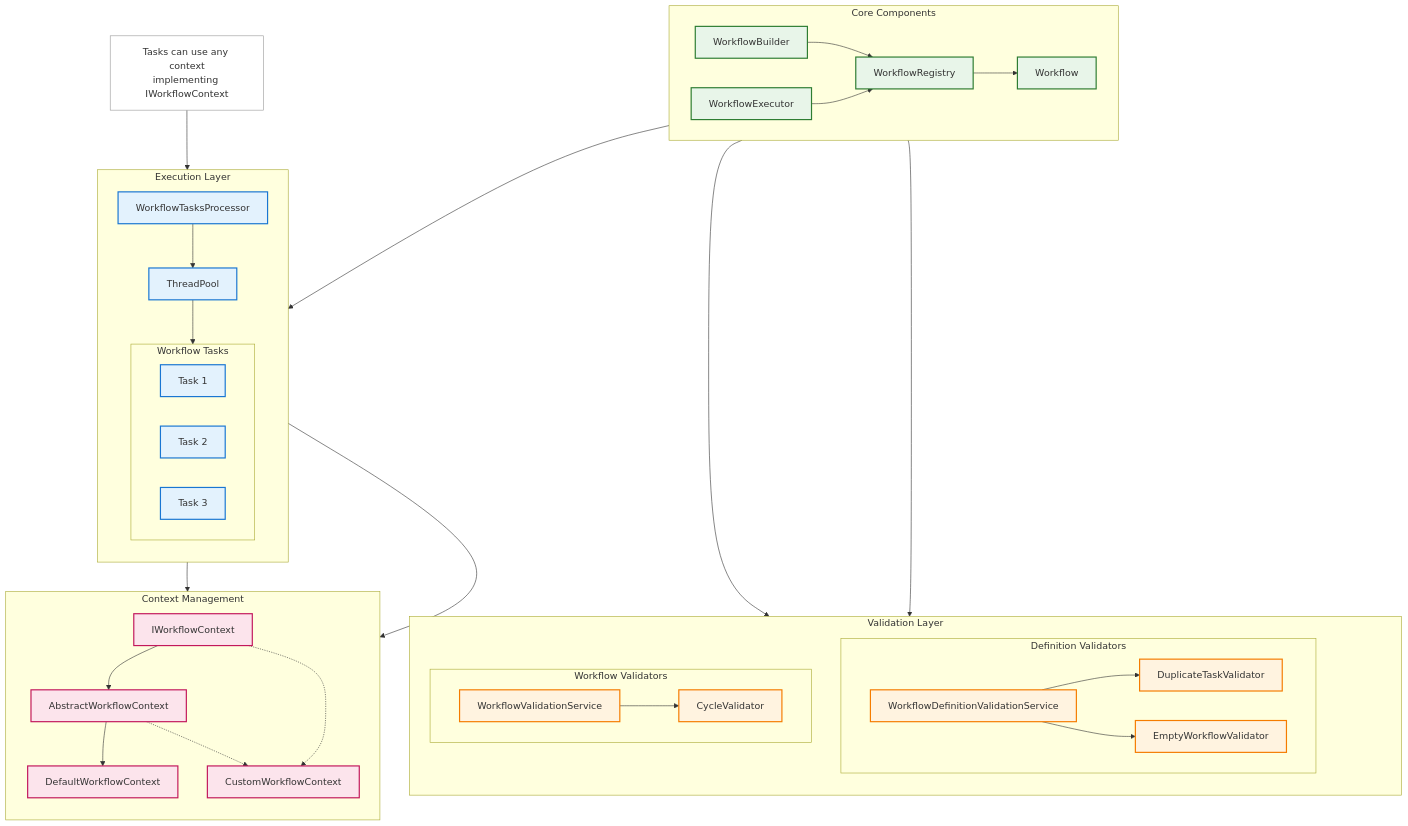
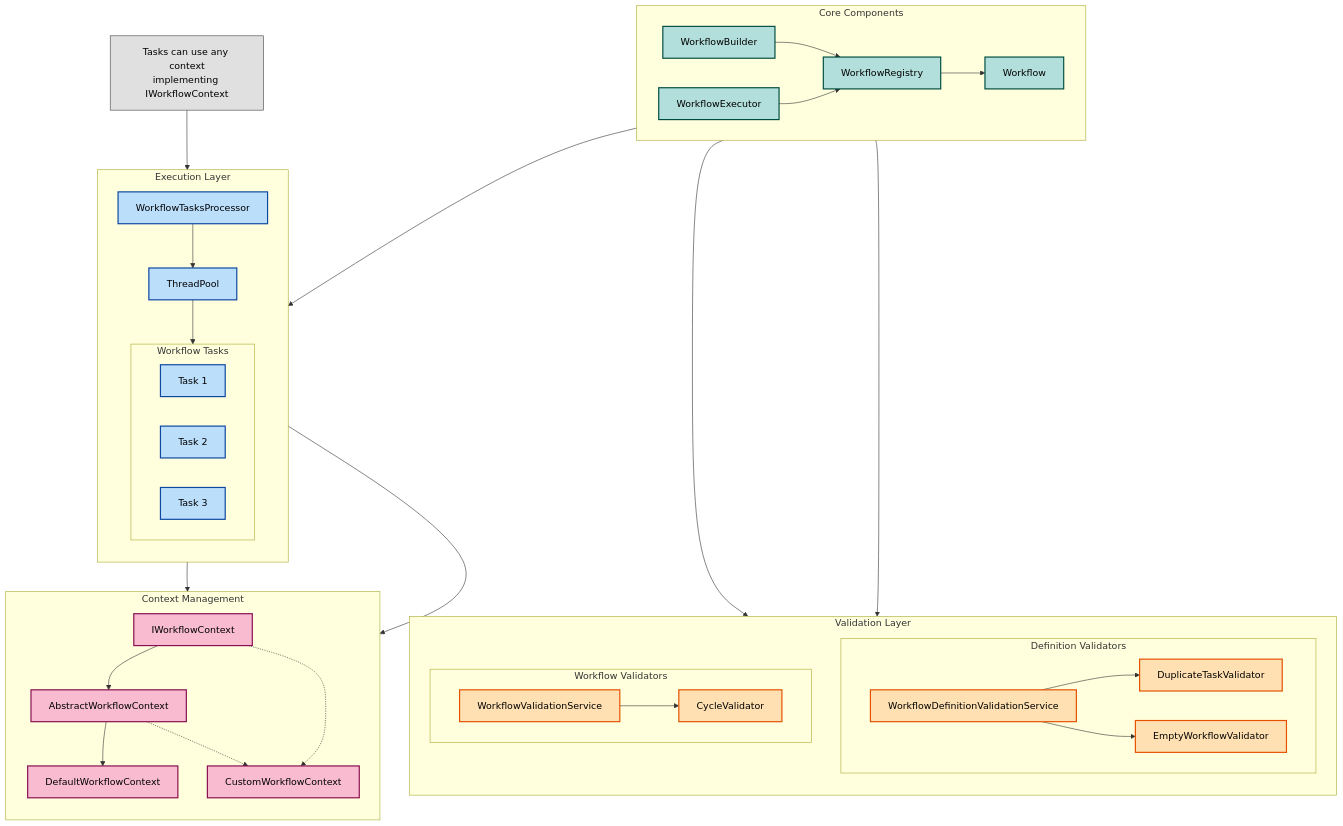
Before and after one commit to pyenoma/workflow-library: the first of 4 diagrams in README.md, drawn with Mermaid.

Commit message:
improve system architecture diagram's color coding

````diff
--- a/README.md
+++ b/README.md
@@ -23,11 +23,11 @@
 ```mermaid
 graph TB
-%% Define styles
-   classDef core fill:#e8f5e9,stroke:#2e7d32,stroke-width:2px
-   classDef execution fill:#e3f2fd,stroke:#1976d2,stroke-width:2px
-   classDef validation fill:#fff3e0,stroke:#f57c00,stroke-width:2px
-   classDef context fill:#fce4ec,stroke:#c2185b,stroke-width:2px
-   classDef note fill:#fff,stroke:#999,stroke-width:1px
+%% Define styles with high-contrast, accessible colors that work in both modes
+   classDef core fill:#b2dfdb,stroke:#004d40,stroke-width:2px,color:#000000
+   classDef execution fill:#bbdefb,stroke:#0d47a1,stroke-width:2px,color:#000000
+   classDef validation fill:#ffe0b2,stroke:#e65100,stroke-width:2px,color:#000000
+   classDef context fill:#f8bbd0,stroke:#880e4f,stroke-width:2px,color:#000000
+   classDef note fill:#e0e0e0,stroke:#424242,stroke-width:1px,color:#000000
 
 %% Core Components
    subgraph CoreComponents["Core Components"]
@@ -43,76 +43,72 @@
    end
 
 %% Validation Layer
-subgraph ValidationLayer["Validation Layer"]
-direction TB
+   subgraph ValidationLayer["Validation Layer"]
+      direction TB
 
-subgraph DefinitionValidators["Definition Validators"]
-direction LR
-WDVS[WorkflowDefinitionValidationService]
-DV1[DuplicateTaskValidator]
-DV2[EmptyWorkflowValidator]
-WDVS --> DV1
-WDVS --> DV2
-end
+      subgraph DefinitionValidators["Definition Validators"]
+         direction LR
+         WDVS[WorkflowDefinitionValidationService]
+         DV1[DuplicateTaskValidator]
+         DV2[EmptyWorkflowValidator]
+         WDVS --> DV1
+         WDVS --> DV2
+      end
 
-ValidatorSpace[ ]
-
-subgraph WorkflowValidators["Workflow Validators"]
-direction LR
-WVS[WorkflowValidationService]
-CV[CycleValidator]
-WVS --> CV
-end
-end
+      subgraph WorkflowValidators["Workflow Validators"]
+         direction LR
+         WVS[WorkflowValidationService]
+         CV[CycleValidator]
+         WVS --> CV
+      end
+   end
 
 %% Context Management
-subgraph ContextLayer["Context Management"]
-direction TB
-IWC[IWorkflowContext]
-AWC[AbstractWorkflowContext]
-DWC[DefaultWorkflowContext]
-CWC[CustomWorkflowContext]
+   subgraph ContextLayer["Context Management"]
+      direction TB
+      IWC[IWorkflowContext]
+      AWC[AbstractWorkflowContext]
+      DWC[DefaultWorkflowContext]
+      CWC[CustomWorkflowContext]
 
-IWC --> AWC
-AWC --> DWC
-IWC -.-> CWC
-AWC -.-> CWC
-end
+      IWC --> AWC
+      AWC --> DWC
+      IWC -.-> CWC
+      AWC -.-> CWC
+   end
 
 %% Execution Layer
-subgraph ExecutionLayer["Execution Layer"]
-direction TB
-WTP[WorkflowTasksProcessor]
-TP[ThreadPool]
+   subgraph ExecutionLayer["Execution Layer"]
+      direction TB
+      WTP[WorkflowTasksProcessor]
+      TP[ThreadPool]
 
-subgraph Tasks["Workflow Tasks"]
-direction LR
-T1[Task 1]
-T2[Task 2]
-T3[Task 3]
-end
+      subgraph Tasks["&nbsp;&nbsp;&nbsp;Workflow Tasks&nbsp;&nbsp;&nbsp;"]
+         direction LR
+         T1[Task 1]
+         T2[Task 2]
+         T3[Task 3]
+      end
 
-WTP --> TP
-TP --> Tasks
-end
+      WTP --> TP
+      TP --> Tasks
+   end
 
-%% Cross-layer connections - Removed redundant arrow
-WB ---> WDVS
-WB ---> WVS
-WE --> WTP
-Tasks --> IWC
-WTP --> IWC
+%% Cross-layer connections
+   WB ---> WDVS
+   WB ---> WVS
+   WE --> WTP
+   Tasks --> IWC
+   WTP --> IWC
 
 %% Add notes
-Note1[Tasks can use any context<br>implementing IWorkflowContext]
-Note1 --> Tasks
+   Note1[Tasks can use any context<br>implementing IWorkflowContext]
+   Note1 --> Tasks
 
 %% Apply styles
-class WE,WB,WR,W core
-class WTP,TP,T1,T2,T3 execution
-class WVS,WDVS,CV,DV1,DV2 validation
-class IWC,AWC,DWC,CWC context
-class Note1 note
-class ValidatorSpace note
-style ValidatorSpace fill:none,stroke:none
+   class WE,WB,WR,W core
+   class WTP,TP,T1,T2,T3 execution
+   class WVS,WDVS,CV,DV1,DV2 validation
+   class IWC,AWC,DWC,CWC context
+   class Note1 note
 ```   
````
